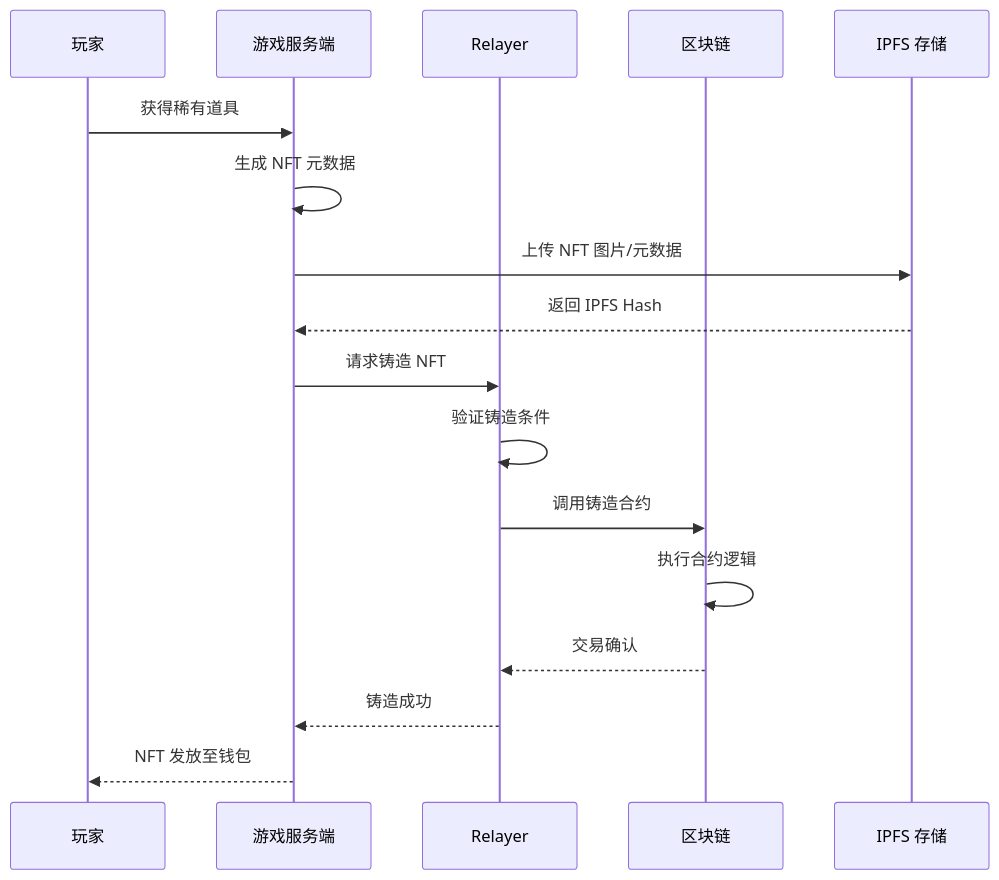
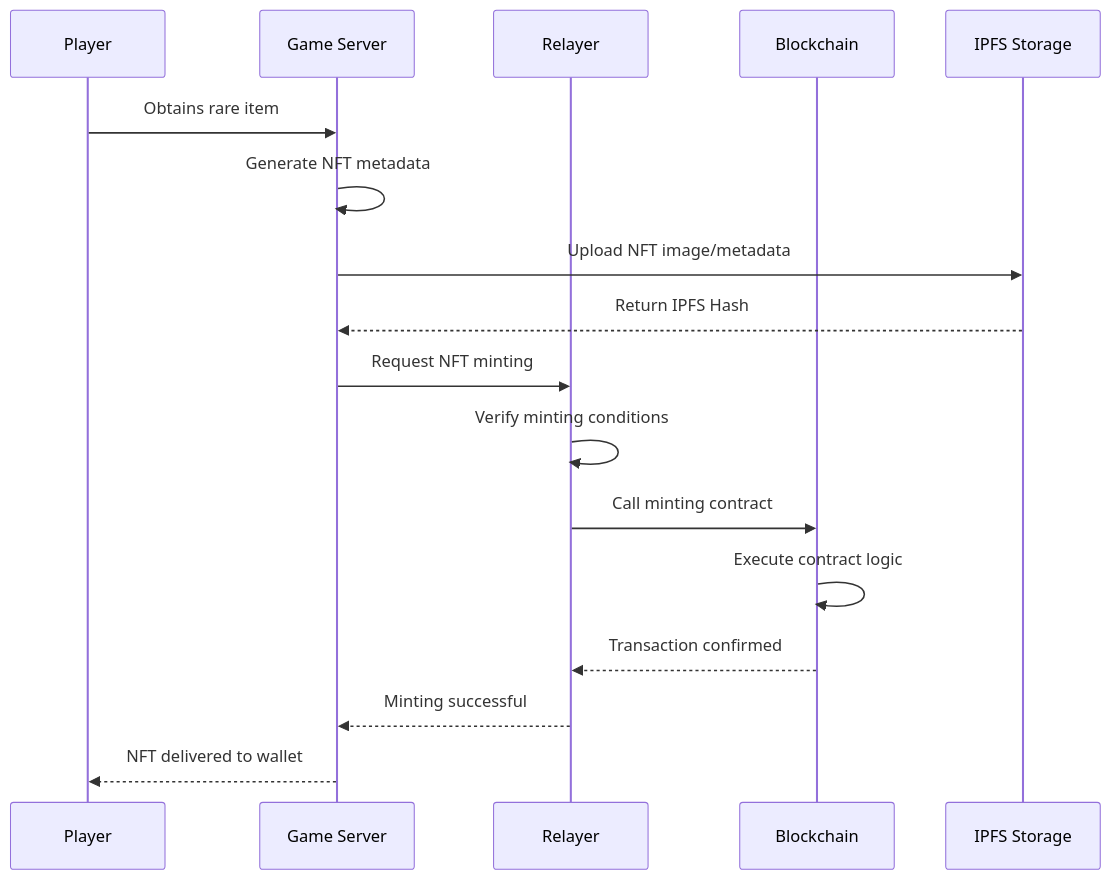
Before and after one commit to teaglebuilt/knowledge-tree: the second of 3 diagrams in tree/application/architecture/web3-gamefi.md, drawn with Mermaid. The commit also changed other lines of this file and 22 other files, not shown here.

````diff
--- a/tree/application/architecture/web3-gamefi.md
+++ b/tree/application/architecture/web3-gamefi.md
@@ -181,20 +184,20 @@
 ```mermaid
 sequenceDiagram
-    participant PLAYER as 玩家
-    participant GAME as 游戏服务端
+    participant PLAYER as Player
+    participant GAME as Game Server
     participant RELAYER as Relayer
-    participant CHAIN as 区块链
-    participant IPFS as IPFS 存储
+    participant CHAIN as Blockchain
+    participant IPFS as IPFS Storage
 
-    PLAYER->>GAME: 获得稀有道具
-    GAME->>GAME: 生成 NFT 元数据
-    GAME->>IPFS: 上传 NFT 图片/元数据
-    IPFS-->>GAME: 返回 IPFS Hash
-    GAME->>RELAYER: 请求铸造 NFT
-    RELAYER->>RELAYER: 验证铸造条件
-    RELAYER->>CHAIN: 调用铸造合约
-    CHAIN->>CHAIN: 执行合约逻辑
-    CHAIN-->>RELAYER: 交易确认
-    RELAYER-->>GAME: 铸造成功
-    GAME-->>PLAYER: NFT 发放至钱包
+    PLAYER->>GAME: Obtains rare item
+    GAME->>GAME: Generate NFT metadata
+    GAME->>IPFS: Upload NFT image/metadata
+    IPFS-->>GAME: Return IPFS Hash
+    GAME->>RELAYER: Request NFT minting
+    RELAYER->>RELAYER: Verify minting conditions
+    RELAYER->>CHAIN: Call minting contract
+    CHAIN->>CHAIN: Execute contract logic
+    CHAIN-->>RELAYER: Transaction confirmed
+    RELAYER-->>GAME: Minting successful
+    GAME-->>PLAYER: NFT delivered to wallet
 ```
````
